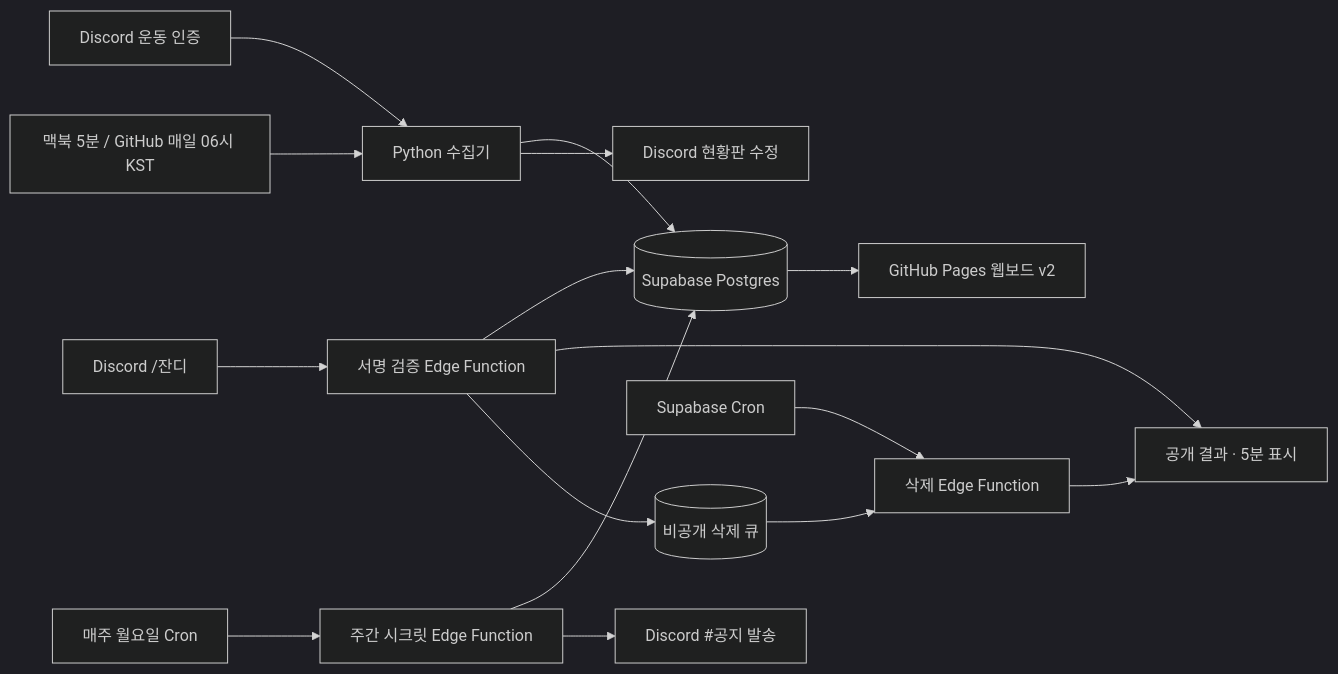
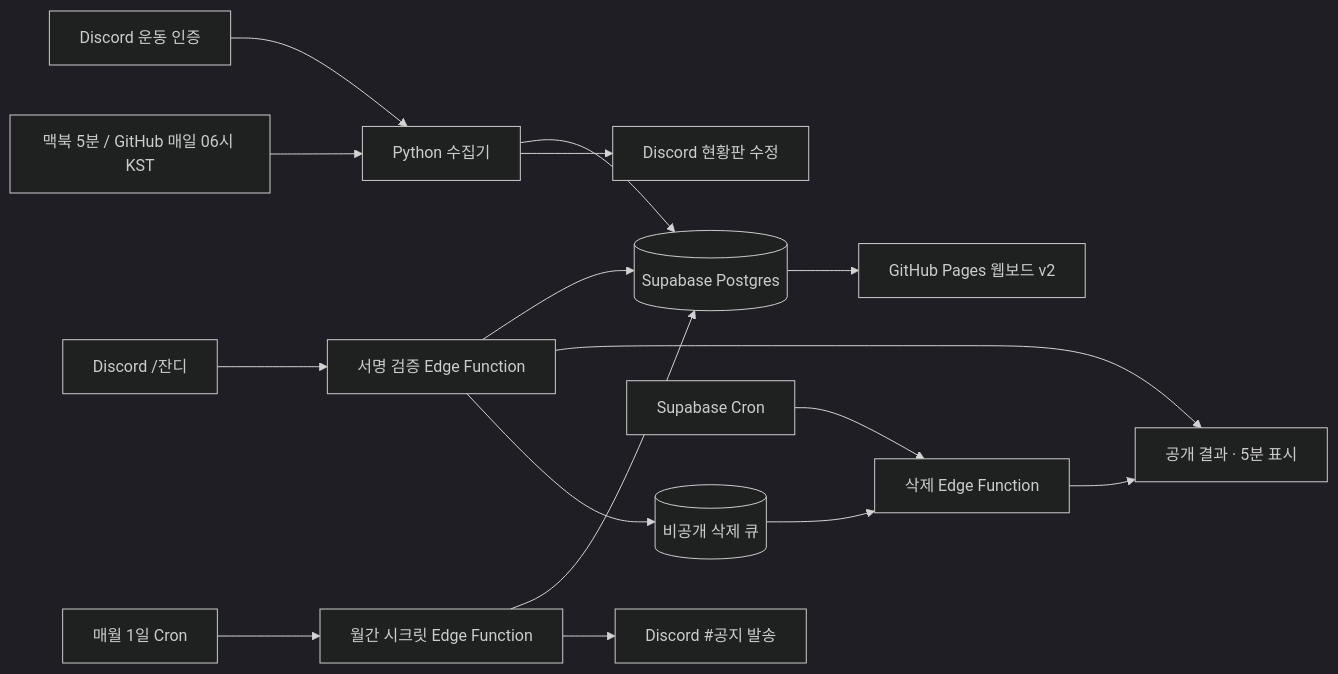
Before and after one commit to jinhoOps/solitary-athlete: the diagram in ARCHITECTURE.md, drawn with Mermaid (dark theme). The commit also changed other lines of this file and 18 other files, not shown here.

````diff
--- a/ARCHITECTURE.md
+++ b/ARCHITECTURE.md
@@ -55,18 +55,18 @@
 ```mermaid
 flowchart LR
     A[Discord 운동 인증] --> B[Python 수집기]
     C[맥북 5분 / GitHub 매일 06시 KST] --> B
     B --> D[(Supabase Postgres)]
     B --> E[Discord 현황판 수정]
     F[Discord /잔디] --> G[서명 검증 Edge Function]
     G --> D
     G --> H[공개 결과 · 5분 표시]
     G --> Q[(비공개 삭제 큐)]
     R[Supabase Cron] --> S[삭제 Edge Function]
     Q --> S
     S --> H
-    K[매주 월요일 Cron] --> L[주간 시크릿 Edge Function]
+    K[매월 1일 Cron] --> L[월간 시크릿 Edge Function]
     L --> D
     L --> M[Discord #공지 발송]
     D --> W[GitHub Pages 웹보드 v2]
 ```
````
